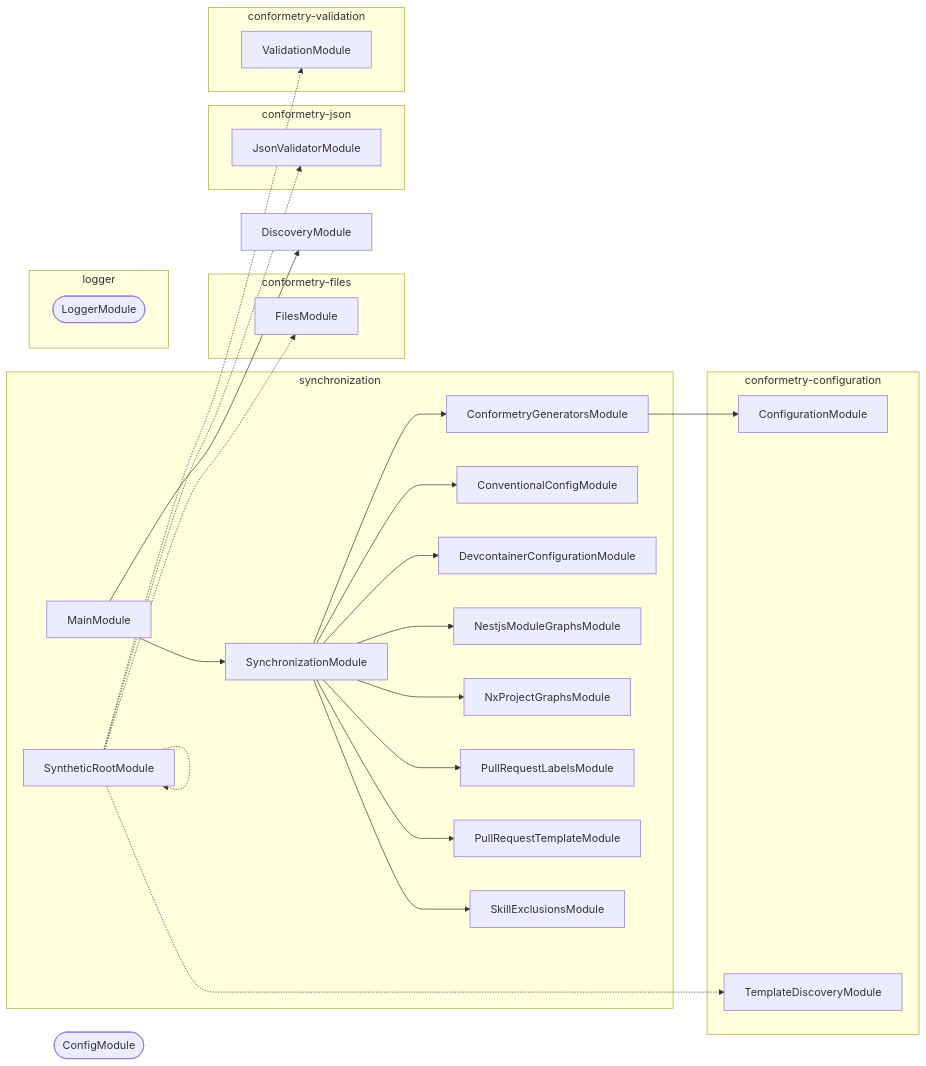
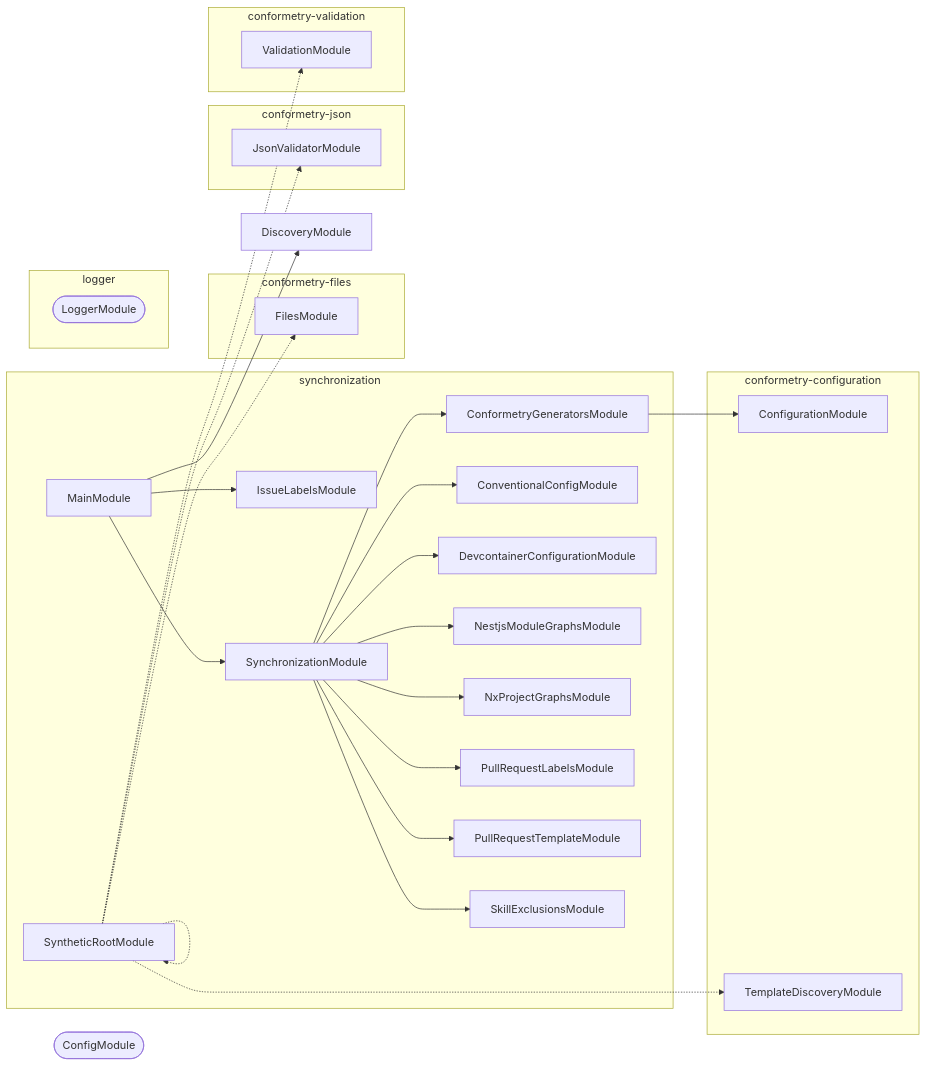
Before and after one commit to JimmyPaolini/codebase: the diagram in tools/synchronization/AGENTS.md, drawn with Mermaid. The commit also changed 23 other files, not shown here.

````diff
--- a/tools/synchronization/AGENTS.md
+++ b/tools/synchronization/AGENTS.md
@@ -83,50 +83,52 @@
 ```mermaid
 flowchart LR
   subgraph group0["synchronization"]
     ConformetryGeneratorsModule
     ConventionalConfigModule
     DevcontainerConfigurationModule
+    IssueLabelsModule
     MainModule
     NestjsModuleGraphsModule
     NxProjectGraphsModule
     PullRequestLabelsModule
     PullRequestTemplateModule
     SkillExclusionsModule
     SynchronizationModule
     SyntheticRootModule
   end
   subgraph group1["conformetry-configuration"]
     ConfigurationModule
     TemplateDiscoveryModule
   end
   subgraph group2["conformetry-files"]
     FilesModule
   end
   subgraph group3["conformetry-json"]
     JsonValidatorModule
   end
   subgraph group4["conformetry-validation"]
     ValidationModule
   end
   subgraph group5["logger"]
     LoggerModule([LoggerModule])
   end
   ConfigModule([ConfigModule])
   DiscoveryModule
   ConformetryGeneratorsModule --> ConfigurationModule
   MainModule --> DiscoveryModule
+  MainModule --> IssueLabelsModule
   MainModule --> SynchronizationModule
   SynchronizationModule --> ConformetryGeneratorsModule
   SynchronizationModule --> ConventionalConfigModule
   SynchronizationModule --> DevcontainerConfigurationModule
   SynchronizationModule --> NestjsModuleGraphsModule
   SynchronizationModule --> NxProjectGraphsModule
   SynchronizationModule --> PullRequestLabelsModule
   SynchronizationModule --> PullRequestTemplateModule
   SynchronizationModule --> SkillExclusionsModule
   SyntheticRootModule -.-> FilesModule
   SyntheticRootModule -.-> JsonValidatorModule
   SyntheticRootModule -.-> SyntheticRootModule
   SyntheticRootModule -.-> TemplateDiscoveryModule
   SyntheticRootModule -.-> ValidationModule
 ```
````
